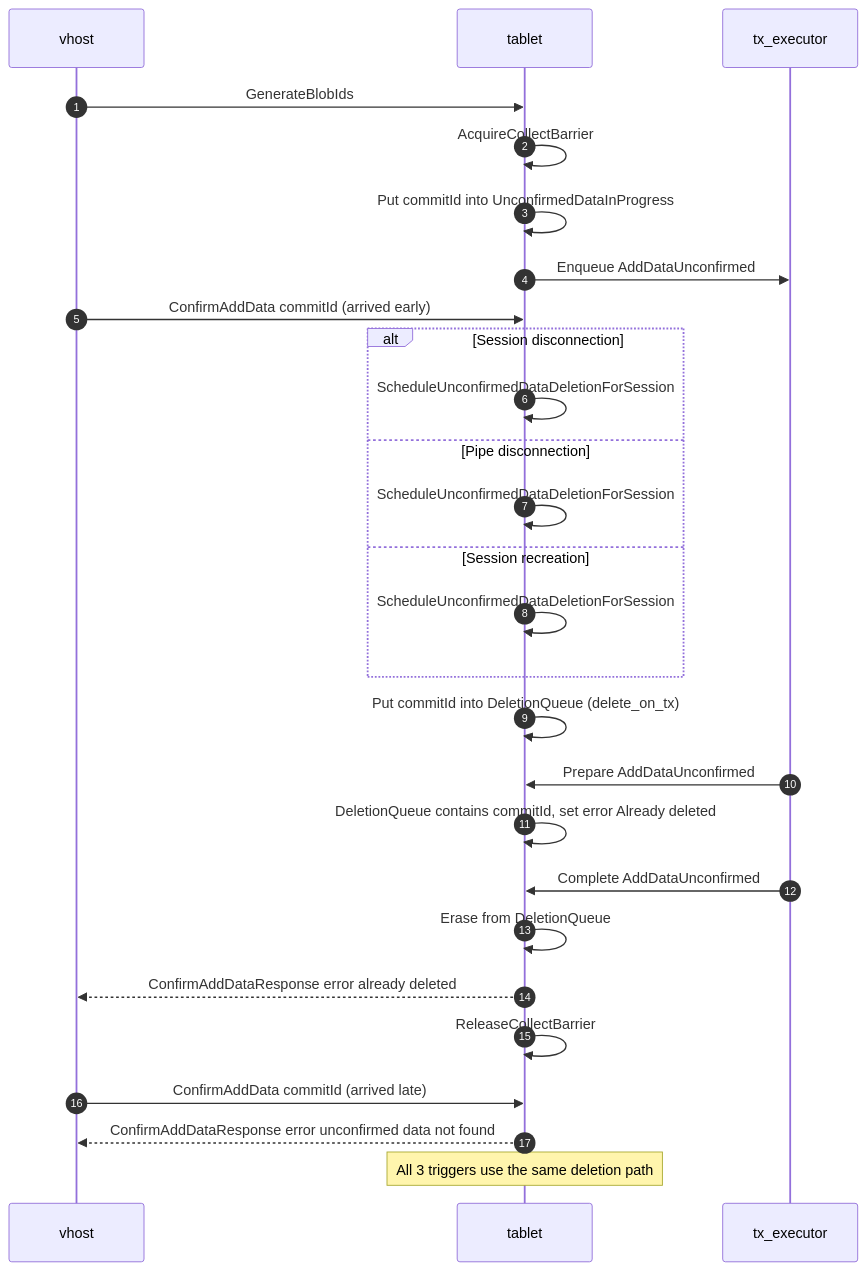
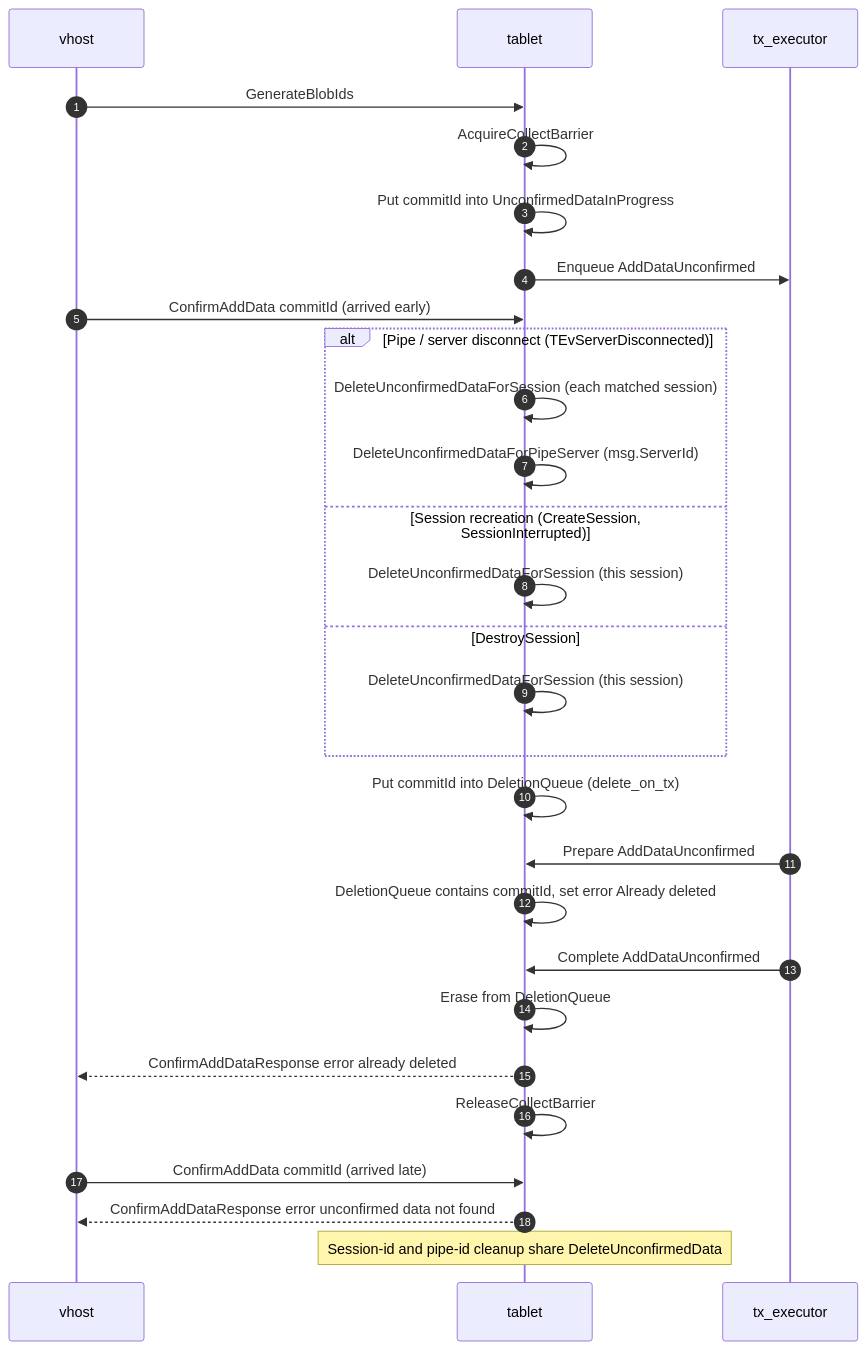
One commit to ydb-platform/nbs changed the sixth of 10 diagrams in doc/filestore/design/unconfirmed_three_stage_write.md. Above: the diagram before and after it, drawn with Mermaid. The commit also changed other lines of this file and 1 other file, not shown here.

Commit message:
[Filestore] add info to unconfirmed data doc

````diff
--- a/doc/filestore/design/unconfirmed_three_stage_write.md
+++ b/doc/filestore/design/unconfirmed_three_stage_write.md
@@ -260,35 +383,36 @@
 ```mermaid
 sequenceDiagram
     autonumber
     participant V as vhost
     participant T as tablet
     participant X as tx_executor
 
     V->>T: GenerateBlobIds
     T->>T: AcquireCollectBarrier
     T->>T: Put commitId into UnconfirmedDataInProgress
     T->>X: Enqueue AddDataUnconfirmed
 
     V->>T: ConfirmAddData commitId (arrived early)
 
-    alt Session disconnection
-        T->>T: ScheduleUnconfirmedDataDeletionForSession
-    else Pipe disconnection
-        T->>T: ScheduleUnconfirmedDataDeletionForSession
-    else Session recreation
-        T->>T: ScheduleUnconfirmedDataDeletionForSession
+    alt Pipe / server disconnect (TEvServerDisconnected)
+        T->>T: DeleteUnconfirmedDataForSession (each matched session)
+        T->>T: DeleteUnconfirmedDataForPipeServer (msg.ServerId)
+    else Session recreation (CreateSession, SessionInterrupted)
+        T->>T: DeleteUnconfirmedDataForSession (this session)
+    else DestroySession
+        T->>T: DeleteUnconfirmedDataForSession (this session)
     end
 
     T->>T: Put commitId into DeletionQueue (delete_on_tx)
     X->>T: Prepare AddDataUnconfirmed
     T->>T: DeletionQueue contains commitId, set error Already deleted
     X->>T: Complete AddDataUnconfirmed
     T->>T: Erase from DeletionQueue
     T-->>V: ConfirmAddDataResponse error already deleted
     T->>T: ReleaseCollectBarrier
 
     V->>T: ConfirmAddData commitId (arrived late)
     T-->>V: ConfirmAddDataResponse error unconfirmed data not found
 
-    Note over T: All 3 triggers use the same deletion path
+    Note over T: Session-id and pipe-id cleanup share DeleteUnconfirmedData
 ```
````
